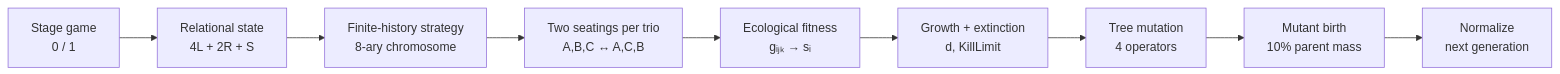
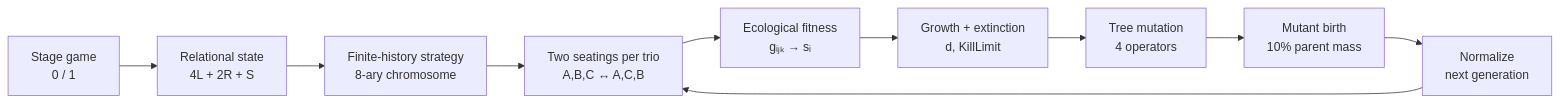
One commit to ReloadLightly/three-person-coalition-game changed the diagram in README.md. Above: the diagram before and after it, drawn with Mermaid. The commit also changed other lines of this file, not shown here.

````diff
--- a/README.md
+++ b/README.md
@@ -67,11 +70,12 @@
 ```mermaid
 flowchart LR
     A["Stage game<br/>0 / 1"] --> B["Relational state<br/>4L + 2R + S"]
     B --> C["Finite-history strategy<br/>8-ary chromosome"]
     C --> D["Two seatings per trio<br/>A,B,C ↔ A,C,B"]
     D --> E["Ecological fitness<br/>gᵢⱼₖ → sᵢ"]
     E --> F["Growth + extinction<br/>d, KillLimit"]
     F --> G["Tree mutation<br/>4 operators"]
     G --> H["Mutant birth<br/>10% parent mass"]
     H --> I["Normalize<br/>next generation"]
+    I --> D
 ```
````
